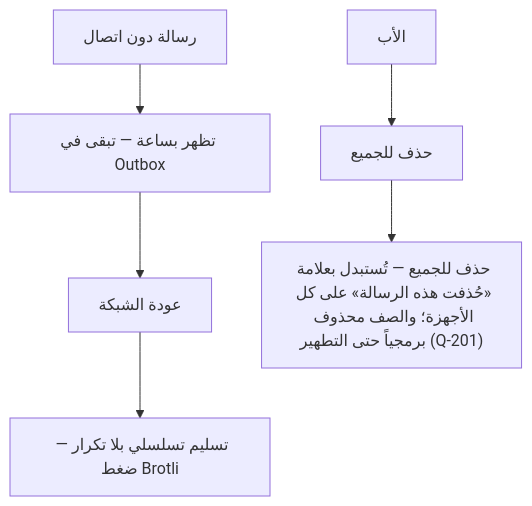
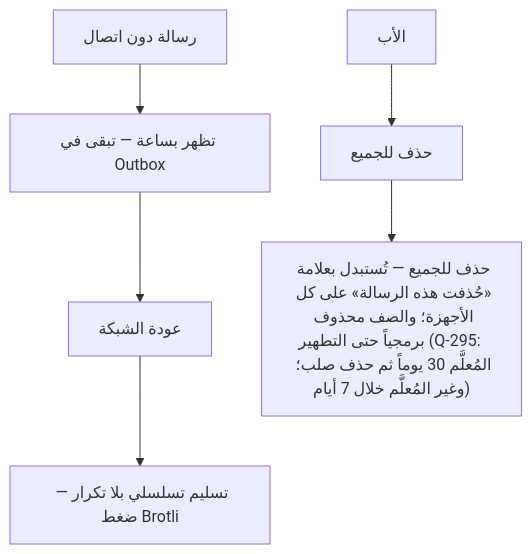
One commit to Bassam-mohammed-alqaeadi/family-os-v2 changed the third of 3 diagrams in docs/family-os/governance/phases/phase-1/S1-08-chat-basic/SPEC.md. Above: the diagram before and after it, drawn with Mermaid. The commit also changed other lines of this file and 2 other files, not shown here.

Commit message:
R2-S108-44 (Q-295): التطهير — المُعلَّم 30 يوماً للمراجعة ثم حذف صلب؛ وغير المُعلَّم خلال 7 أيام؛ ورفع انتظار Q-201 عن المدة

````diff
--- a/docs/family-os/governance/phases/phase-1/S1-08-chat-basic/SPEC.md
+++ b/docs/family-os/governance/phases/phase-1/S1-08-chat-basic/SPEC.md
@@ -85,8 +85,8 @@
 ```mermaid
 flowchart TD
     Offline[رسالة دون اتصال] --> Outbox[تظهر بساعة — تبقى في Outbox]
     Outbox --> Reconnect[عودة الشبكة]
     Reconnect --> Seq[تسليم تسلسلي بلا تكرار — ضغط Brotli]
     Father2[الأب] --> Del[حذف للجميع]
-    Del --> Gone["حذف للجميع — تُستبدل بعلامة «حُذفت هذه الرسالة» على كل الأجهزة؛ والصف محذوف برمجياً حتى التطهير (Q-201)"]
+    Del --> Gone["حذف للجميع — تُستبدل بعلامة «حُذفت هذه الرسالة» على كل الأجهزة؛ والصف محذوف برمجياً حتى التطهير (Q-295: المُعلَّم 30 يوماً ثم حذف صلب؛ وغير المُعلَّم خلال 7 أيام)"]
 ```
````
